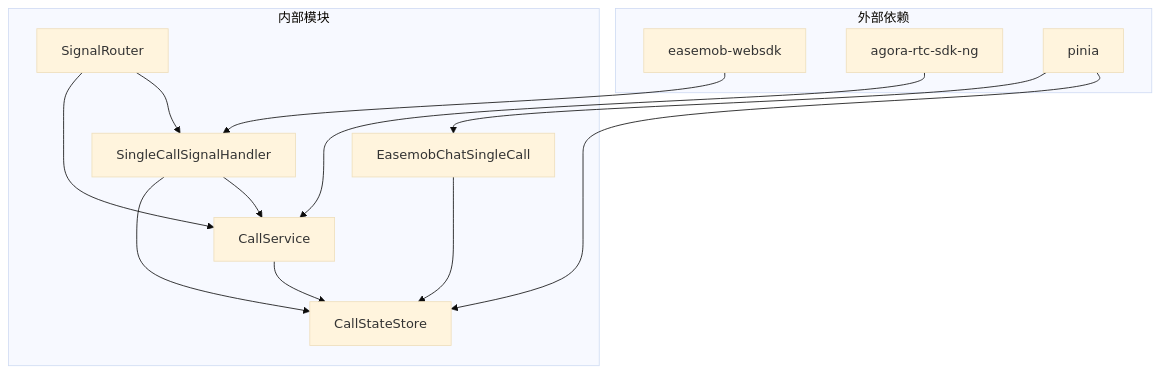
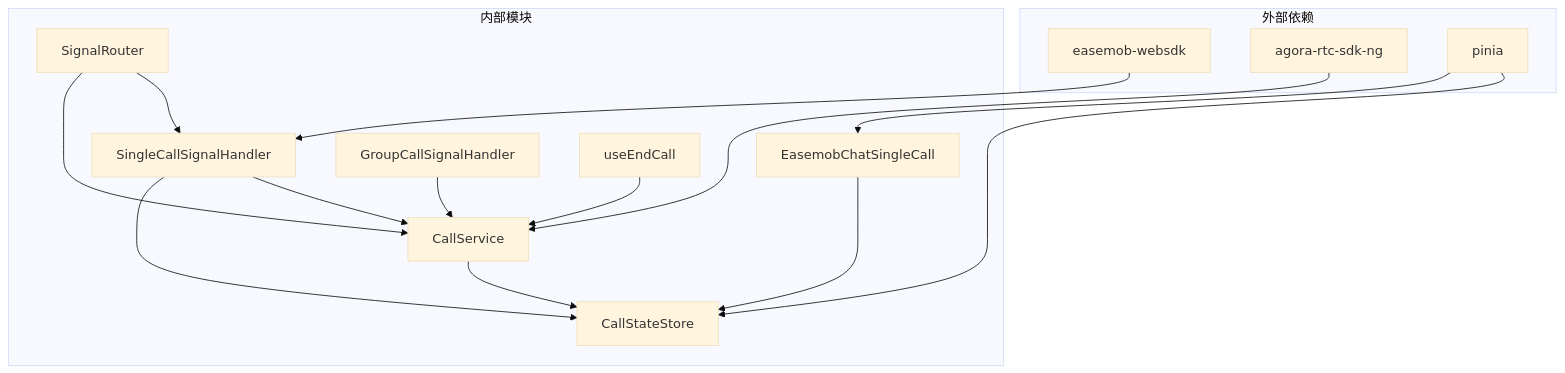
One commit to Easemob-Community/easemob-uikit-callkit-vue3 changed diagram 12 of 13 in .qoder/repowiki/zh/content/高级功能/单人通话信号处理器.md. Above: the diagram before and after it, drawn with Mermaid (base theme). The commit also changed other lines of this file and 12 other files, not shown here.

First line of the commit message:
feat: call / groupCall 支持主动传入 caller userInfo

````diff
--- a/.qoder/repowiki/zh/content/高级功能/单人通话信号处理器.md
+++ b/.qoder/repowiki/zh/content/高级功能/单人通话信号处理器.md
@@ -369,25 +477,29 @@
 ```mermaid
 graph TB
 subgraph "外部依赖"
 A[easemob-websdk]
 B[agora-rtc-sdk-ng]
 C[pinia]
 end
 subgraph "内部模块"
 D[SingleCallSignalHandler]
 E[CallService]
 F[CallStateStore]
 G[EasemobChatSingleCall]
 H[SignalRouter]
+I[GroupCallSignalHandler]
+J[useEndCall]
 end
 A --> D
 B --> E
 C --> F
 C --> G
 D --> E
 D --> F
 E --> F
 G --> F
 H --> D
 H --> E
+I --> E
+J --> E
 ```
````
